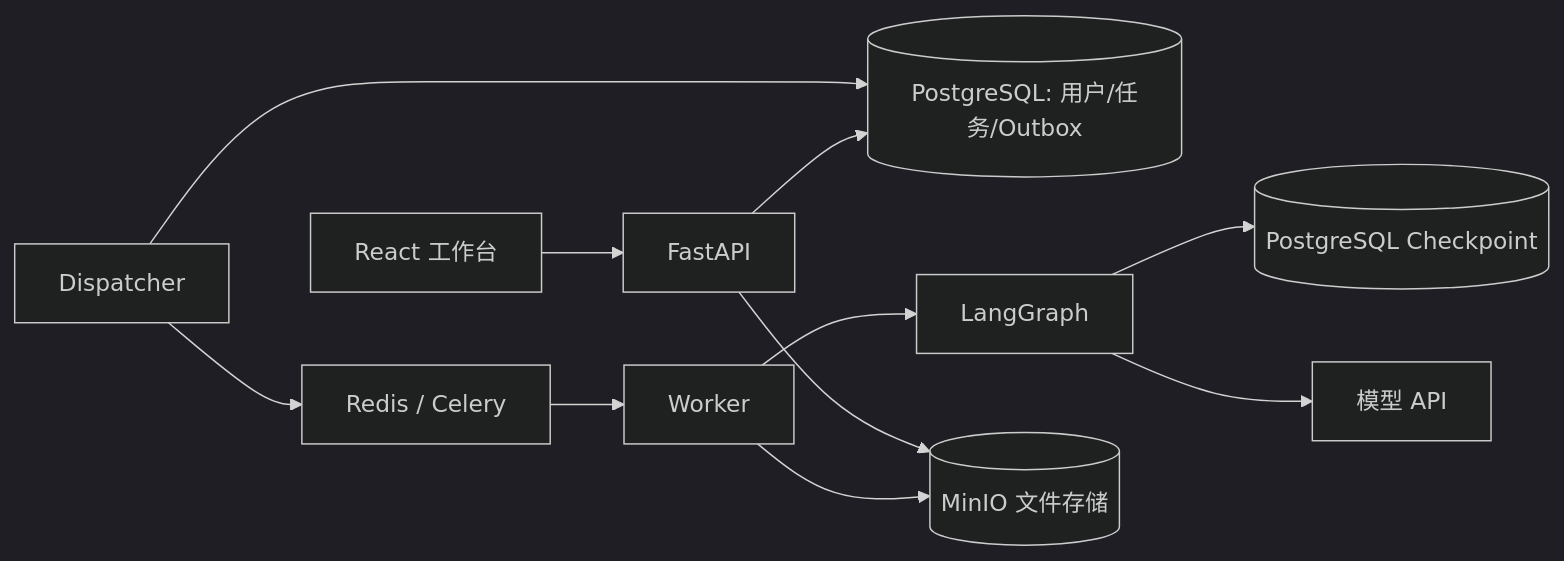
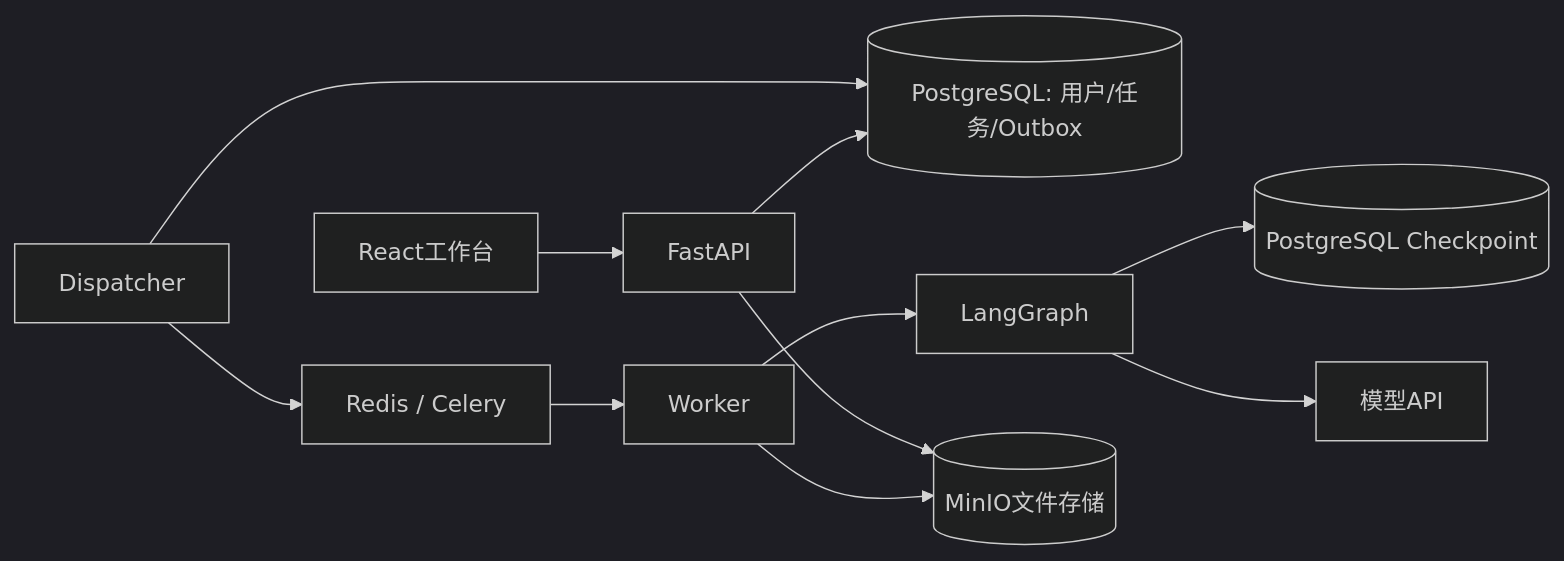
Before and after one commit to cl0ud666/paper_revision_agent: the diagram in docs/architecture.md, drawn with Mermaid (dark theme). The commit also changed other lines of this file and 132 other files, not shown here.

````diff
--- a/docs/architecture.md
+++ b/docs/architecture.md
@@ -5,13 +5,13 @@
 ```mermaid
 flowchart LR
-    UI[React 工作台] --> API[FastAPI]
+    UI[React工作台] --> API[FastAPI]
     API --> DB[(PostgreSQL: 用户/任务/Outbox)]
     D[Dispatcher] --> DB
     D --> Q[Redis / Celery]
     Q --> W[Worker]
     W --> G[LangGraph]
     G --> C[(PostgreSQL Checkpoint)]
-    G --> M[模型 API]
-    W --> S[(MinIO 文件存储)]
+    G --> M[模型API]
+    W --> S[(MinIO文件存储)]
     API --> S
 ```
````
